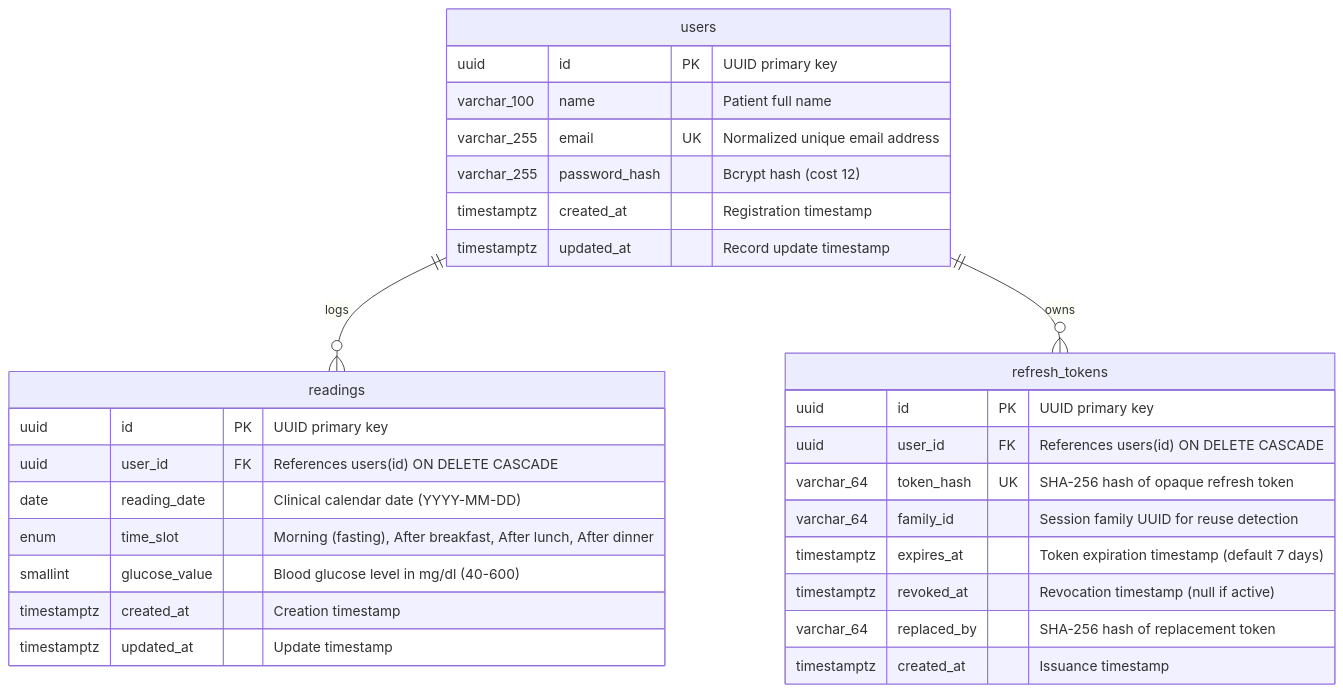
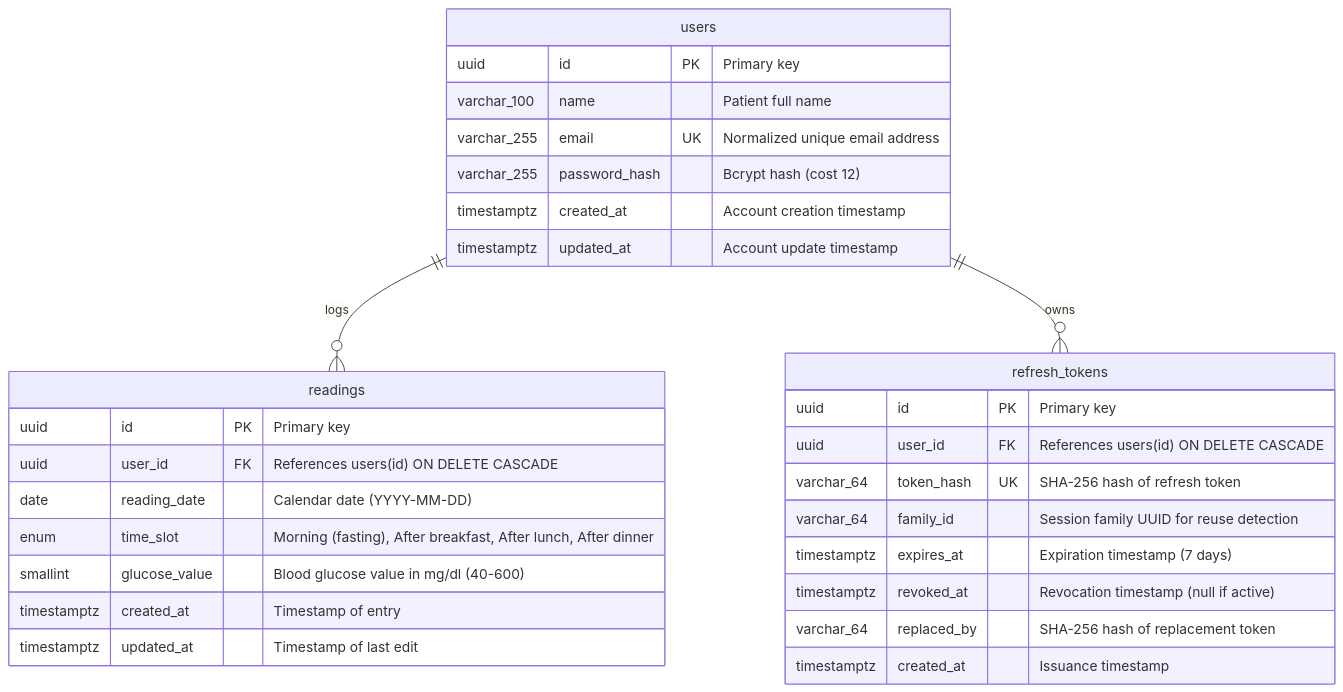
One commit to Haneesh3768/Blood-Glucose-Tracker changed the second of 3 diagrams in README.md. Above: the diagram before and after it, drawn with Mermaid. The commit also changed other lines of this file and 9 other files, not shown here.

Commit message:
feat: server-side readings pagination, dashboard logbook integration, and roadmap update

````diff
--- a/README.md
+++ b/README.md
@@ -177,35 +183,35 @@
 ```mermaid
 erDiagram
     users ||--o{ readings : "logs"
     users ||--o{ refresh_tokens : "owns"
 
     users {
-        uuid id PK "UUID primary key"
+        uuid id PK "Primary key"
         varchar_100 name "Patient full name"
         varchar_255 email UK "Normalized unique email address"
         varchar_255 password_hash "Bcrypt hash (cost 12)"
-        timestamptz created_at "Registration timestamp"
-        timestamptz updated_at "Record update timestamp"
+        timestamptz created_at "Account creation timestamp"
+        timestamptz updated_at "Account update timestamp"
     }
 
     readings {
-        uuid id PK "UUID primary key"
+        uuid id PK "Primary key"
         uuid user_id FK "References users(id) ON DELETE CASCADE"
-        date reading_date "Clinical calendar date (YYYY-MM-DD)"
+        date reading_date "Calendar date (YYYY-MM-DD)"
         enum time_slot "Morning (fasting), After breakfast, After lunch, After dinner"
-        smallint glucose_value "Blood glucose level in mg/dl (40-600)"
-        timestamptz created_at "Creation timestamp"
-        timestamptz updated_at "Update timestamp"
+        smallint glucose_value "Blood glucose value in mg/dl (40-600)"
+        timestamptz created_at "Timestamp of entry"
+        timestamptz updated_at "Timestamp of last edit"
     }
 
     refresh_tokens {
-        uuid id PK "UUID primary key"
+        uuid id PK "Primary key"
         uuid user_id FK "References users(id) ON DELETE CASCADE"
-        varchar_64 token_hash UK "SHA-256 hash of opaque refresh token"
+        varchar_64 token_hash UK "SHA-256 hash of refresh token"
         varchar_64 family_id "Session family UUID for reuse detection"
-        timestamptz expires_at "Token expiration timestamp (default 7 days)"
+        timestamptz expires_at "Expiration timestamp (7 days)"
         timestamptz revoked_at "Revocation timestamp (null if active)"
         varchar_64 replaced_by "SHA-256 hash of replacement token"
         timestamptz created_at "Issuance timestamp"
     }
 ```
````
